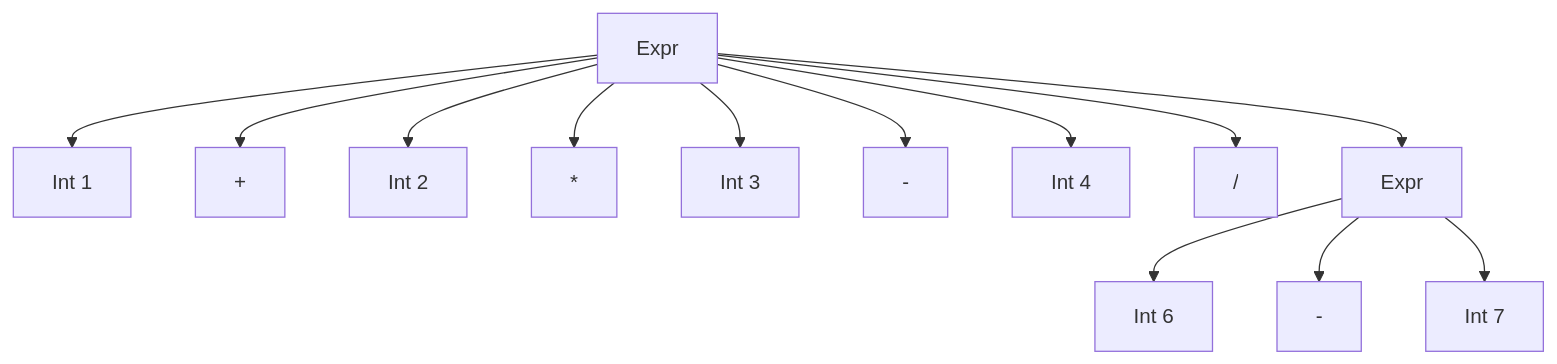
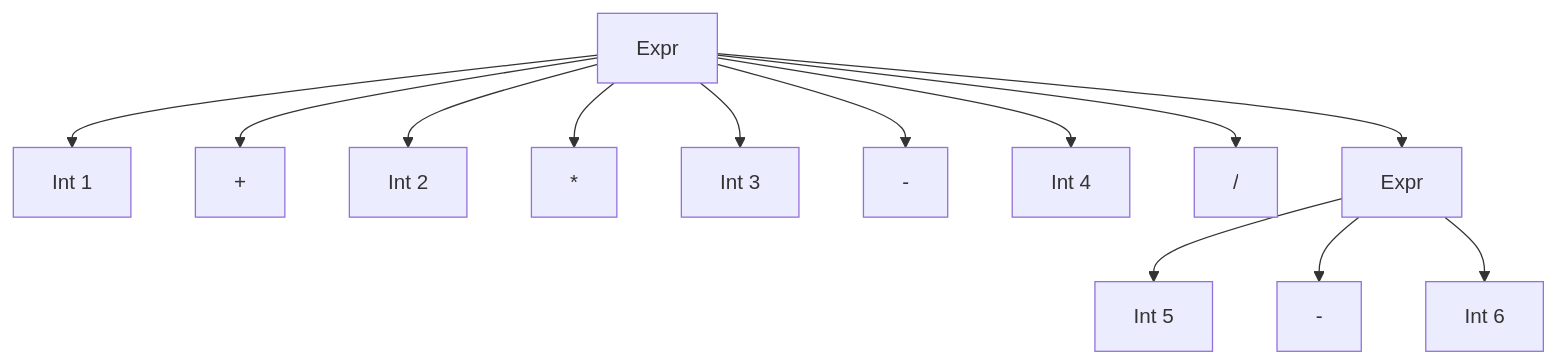
One commit to microsoft/Trieste changed diagram 22 of 28 in samples/infix/README.md. Above: the diagram before and after it, drawn with Mermaid. The commit also changed other lines of this file and 9 other files, not shown here.

````diff
--- a/samples/infix/README.md
+++ b/samples/infix/README.md
@@ -1092,15 +1124,15 @@
 ``` mermaid
 flowchart TD
   A[Expr]-->B[Int 1]
   A-->C[+]
   A-->D[Int 2]
   A-->E[*]
   A-->F[Int 3]
   A-->G[-]
   A-->H[Int 4]
   A-->I["#47;"]
   A-->J[Expr]
-  J-->K[Int 6]
+  J-->K[Int 5]
   J-->L[-]
-  J-->M[Int 7]
+  J-->M[Int 6]
 ```
````
